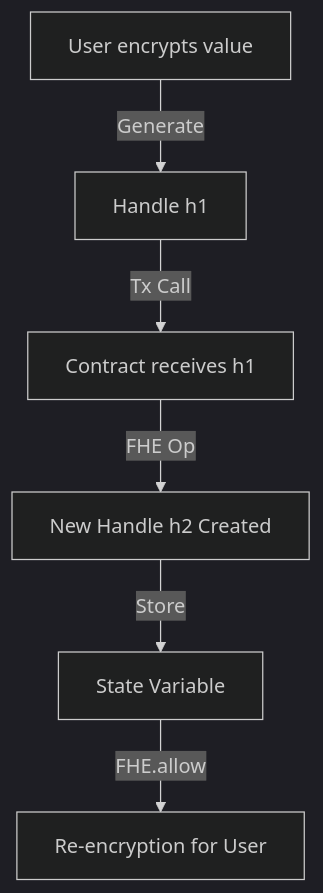
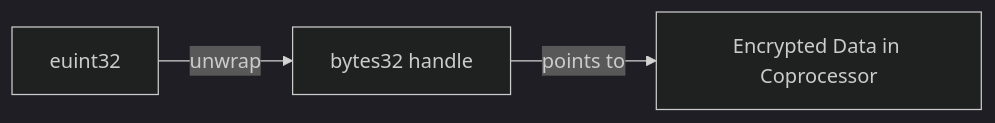
Before and after one commit to jobjab-dev/fhevm-example-hub: the first of 2 diagrams in docs/examples/concepts/handles.md, drawn with Mermaid (dark theme). The commit also changed other lines of this file and 30 other files, not shown here.

Commit message:
docs: add diagrams and key concepts to all examples

````diff
--- a/docs/examples/concepts/handles.md
+++ b/docs/examples/concepts/handles.md
@@ -22,8 +27,5 @@
 ```mermaid
-graph TD
-  A[User encrypts value] -->|Generate| B[Handle h1]
-  B -->|Tx Call| C[Contract receives h1]
-  C -->|FHE Op| D[New Handle h2 Created]
-  D -->|Store| E[State Variable]
-  E -->|FHE.allow| F[Re-encryption for User]
+flowchart LR
+    A[euint32] -->|unwrap| B[bytes32 handle]
+    B -->|points to| C[Encrypted Data in Coprocessor]
 ```
````
